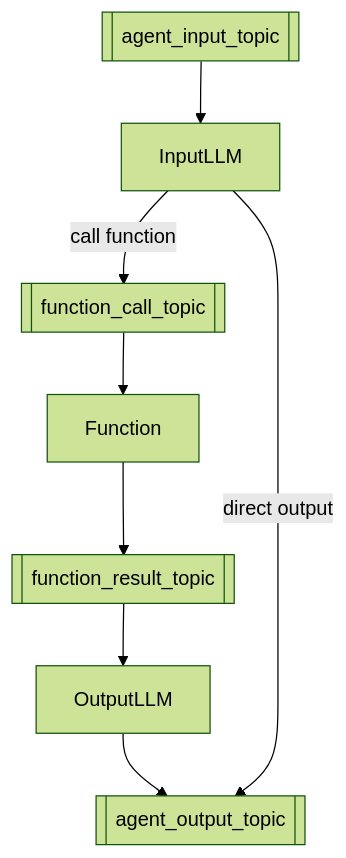
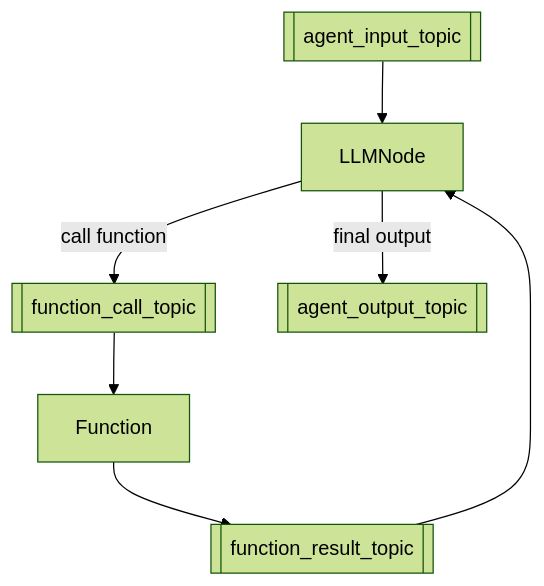
Before and after one commit to binome-dev/graphite: the diagram in README.md, drawn with Mermaid (forest theme). The commit also changed other lines of this file and 80 other files, not shown here.

````diff
--- a/README.md
+++ b/README.md
@@ -79,10 +75,9 @@
 ```mermaid
 graph TD;
-    Input[[agent_input_topic]]-->InputLLM;
-    InputLLM--"call function"-->FunctionCallTopic[[function_call_topic]];
+    Input[[agent_input_topic]]-->LLMNode;
+    LLMNode--"call function"-->FunctionCallTopic[[function_call_topic]];
     FunctionCallTopic-->Function;
     Function-->FunctionResultTopic[[function_result_topic]]
-    FunctionResultTopic-->OutputLLM;
-    OutputLLM-->Output[[agent_output_topic]];
-    InputLLM--"direct output"-->Output;
+    FunctionResultTopic-->LLMNode;
+    LLMNode--"final output"-->Output[[agent_output_topic]];
 ```
````
